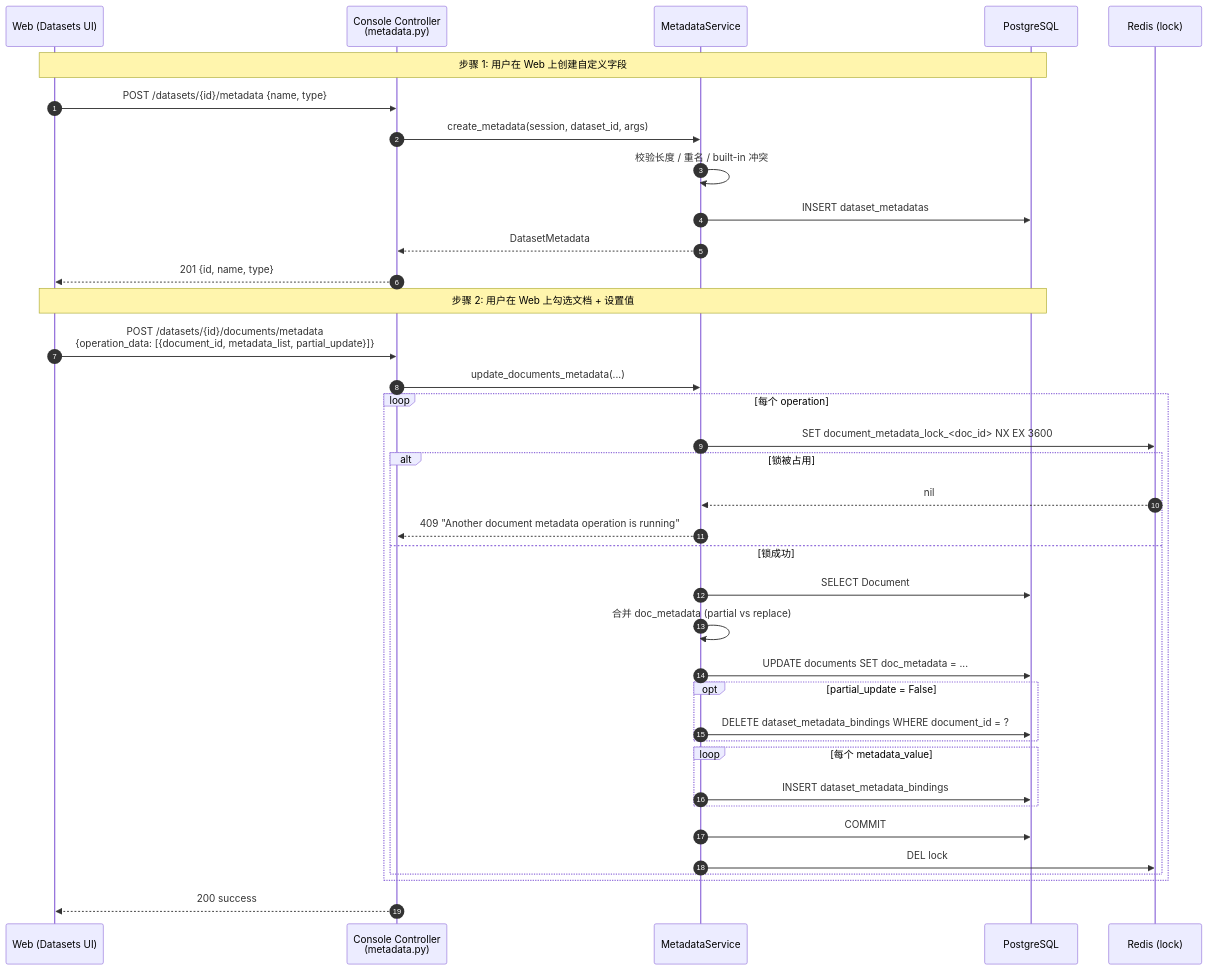
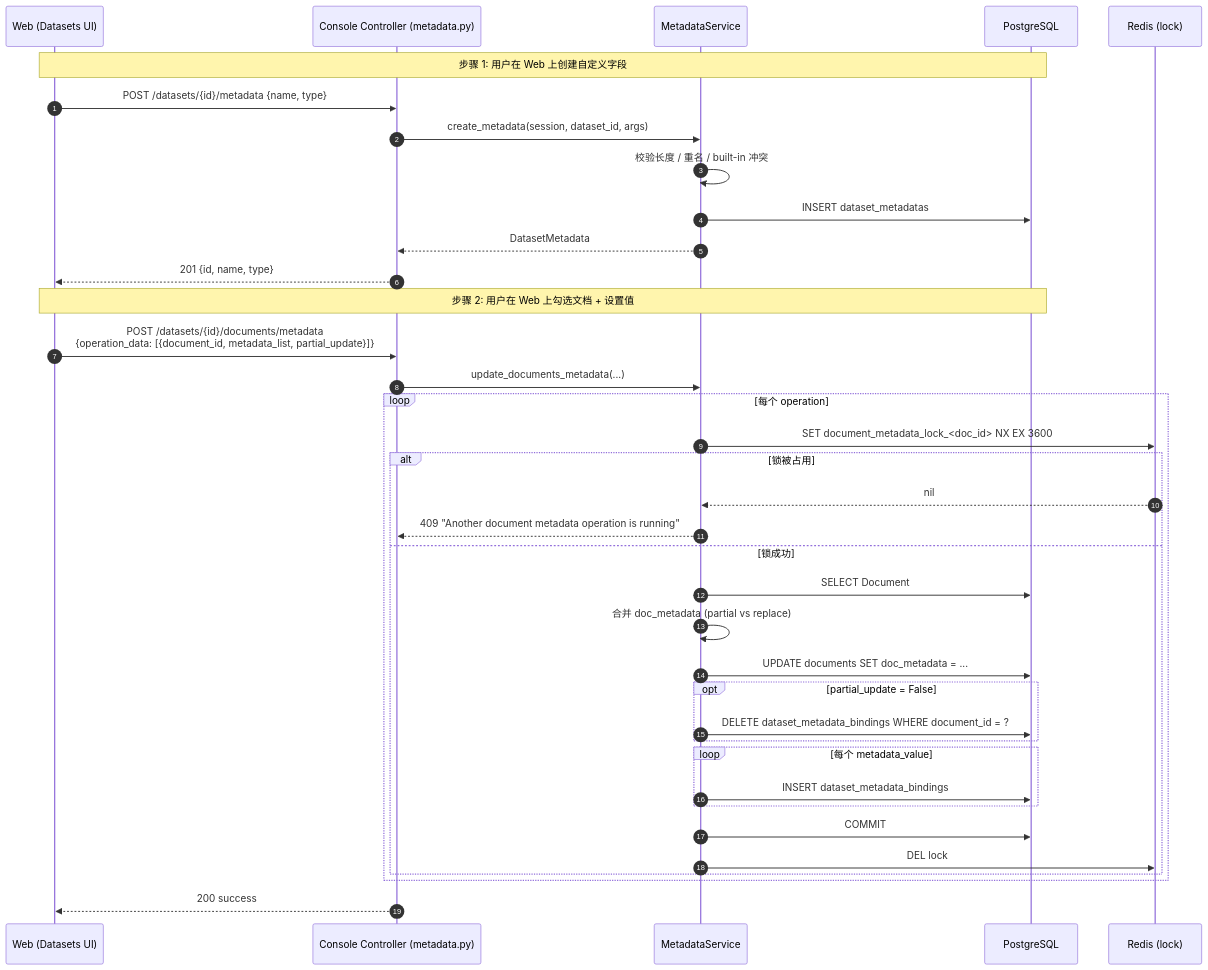
Before and after one commit to amoihans/amoihans.github.io: the second of 8 diagrams in src/content/archieve/chunk-metadata-design.md, drawn with Mermaid. The commit also changed other lines of this file, not shown here.

````diff
--- a/src/content/archieve/chunk-metadata-design.md
+++ b/src/content/archieve/chunk-metadata-design.md
@@ -248,41 +248,41 @@
 ```mermaid
 sequenceDiagram
     autonumber
     participant FE  as Web (Datasets UI)
-    participant API as Console Controller<br/>(metadata.py)
+    participant API as Console Controller (metadata.py)
     participant SVC as MetadataService
     participant DB  as PostgreSQL
     participant RD  as Redis (lock)
 
     Note over FE,DB: 步骤 1: 用户在 Web 上创建自定义字段
     FE->>API: POST /datasets/{id}/metadata {name, type}
     API->>SVC: create_metadata(session, dataset_id, args)
     SVC->>SVC: 校验长度 / 重名 / built-in 冲突
     SVC->>DB: INSERT dataset_metadatas
     SVC-->>API: DatasetMetadata
     API-->>FE: 201 {id, name, type}
 
     Note over FE,DB: 步骤 2: 用户在 Web 上勾选文档 + 设置值
     FE->>API: POST /datasets/{id}/documents/metadata<br/>{operation_data: [{document_id, metadata_list, partial_update}]}
     API->>SVC: update_documents_metadata(...)
     loop 每个 operation
         SVC->>RD: SET document_metadata_lock_<doc_id> NX EX 3600
         alt 锁被占用
             RD-->>SVC: nil
             SVC-->>API: 409 "Another document metadata operation is running"
         else 锁成功
             SVC->>DB: SELECT Document
             SVC->>SVC: 合并 doc_metadata (partial vs replace)
             SVC->>DB: UPDATE documents SET doc_metadata = ...
             opt partial_update = False
                 SVC->>DB: DELETE dataset_metadata_bindings WHERE document_id = ?
             end
             loop 每个 metadata_value
                 SVC->>DB: INSERT dataset_metadata_bindings
             end
             SVC->>DB: COMMIT
             SVC->>RD: DEL lock
         end
     end
     API-->>FE: 200 success
 ```
````
